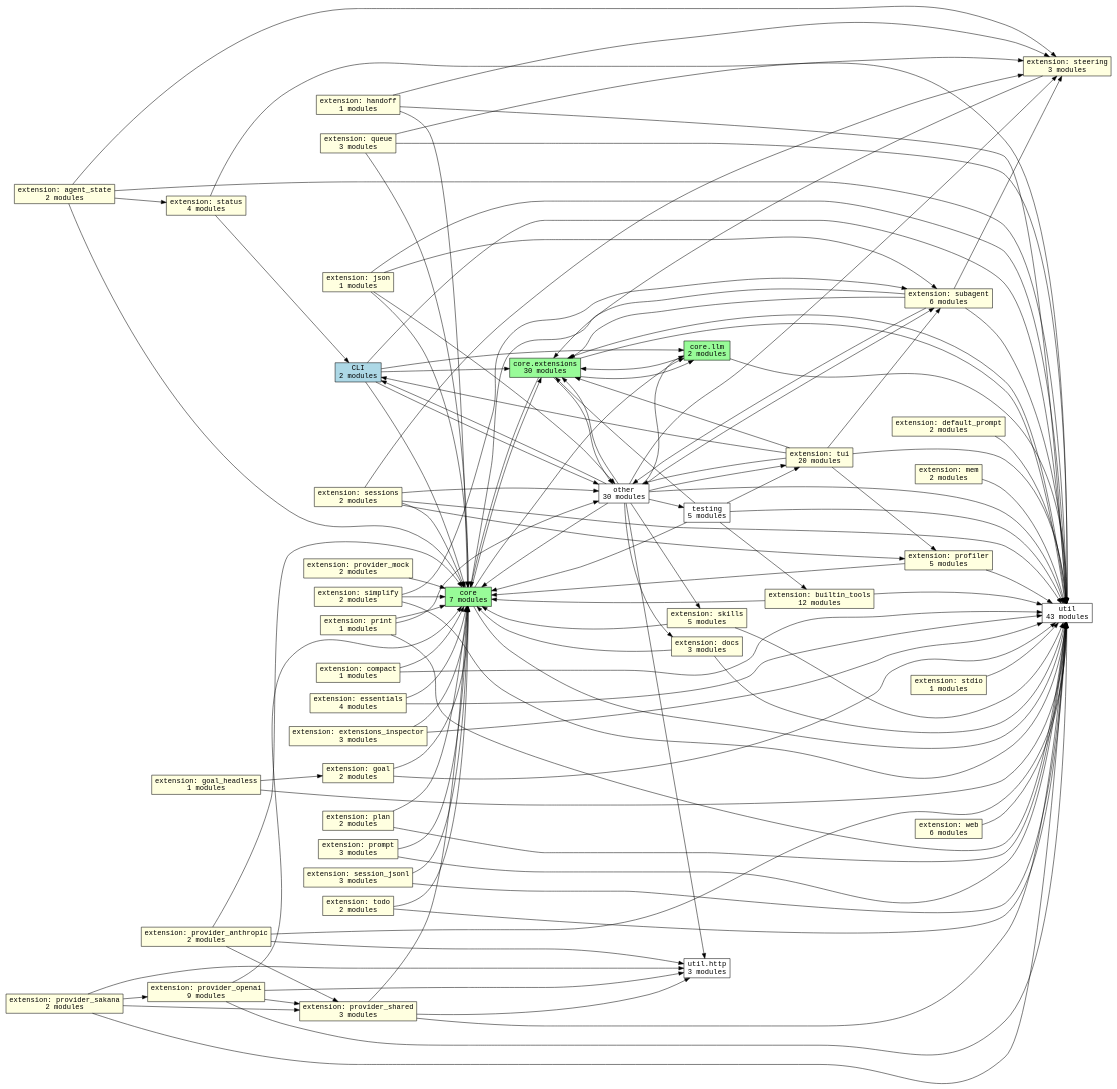
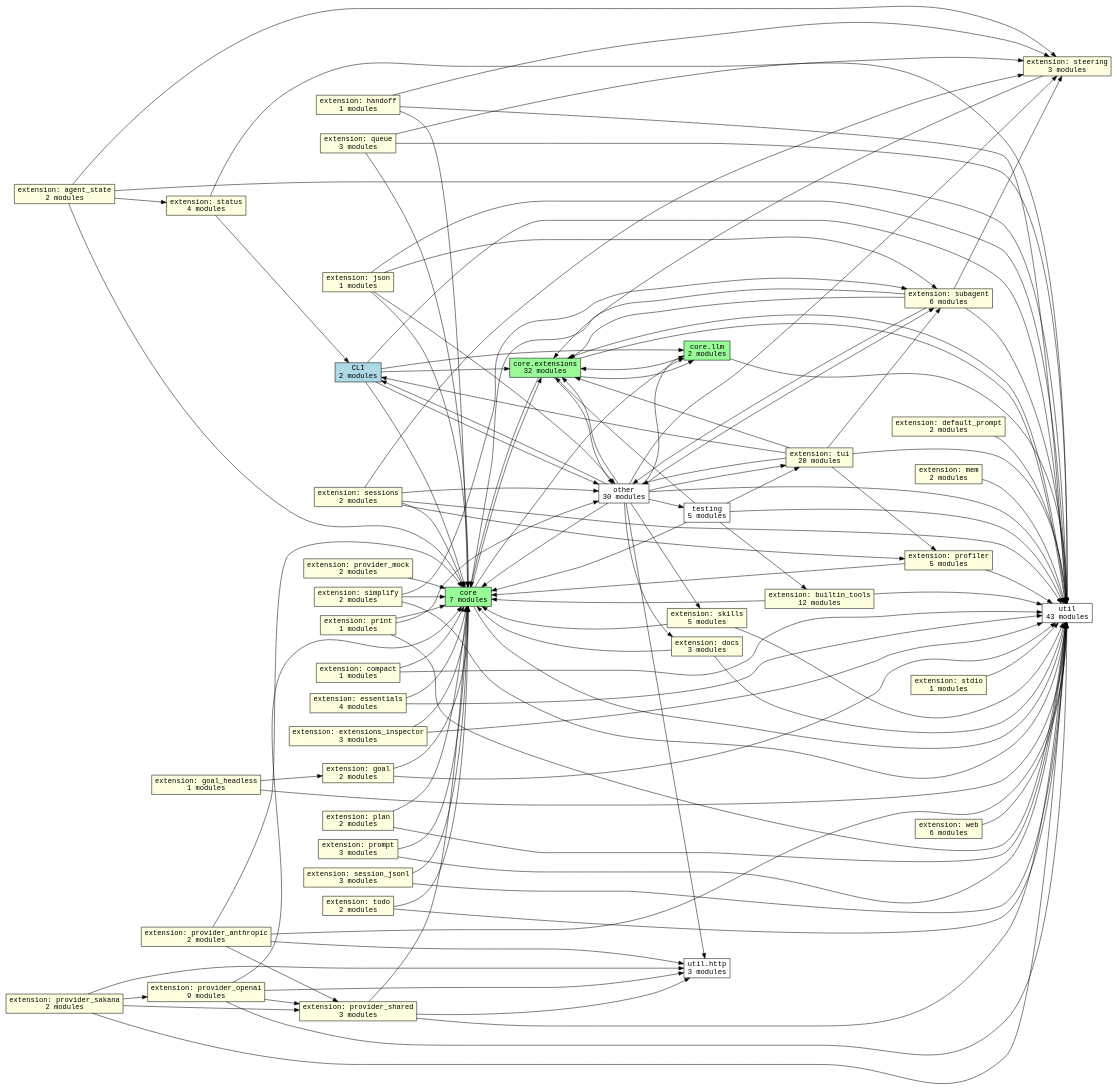
Before and after one commit to acmiyaguchi/fen: the diagram in docs/graphs/subsystems.dot, drawn with Graphviz. The commit also changed 9 other files, not shown here.

```diff
--- a/docs/graphs/subsystems.dot
+++ b/docs/graphs/subsystems.dot
@@ -1,163 +1,163 @@
 digraph fen_subsystems {
   graph [rankdir=LR];
   node [shape=box, fontname="monospace"];
   edge [fontname="monospace"];
   "cli" [fillcolor="lightblue", label="CLI\n2 modules", style="filled"];
   "core" [fillcolor="palegreen", label="core\n7 modules", style="filled"];
-  "core.extensions" [fillcolor="palegreen", label="core.extensions\n30 modules", style="filled"];
+  "core.extensions" [fillcolor="palegreen", label="core.extensions\n32 modules", style="filled"];
   "core.llm" [fillcolor="palegreen", label="core.llm\n2 modules", style="filled"];
   "extension.agent_state" [fillcolor="lightyellow", label="extension: agent_state\n2 modules", style="filled"];
   "extension.builtin_tools" [fillcolor="lightyellow", label="extension: builtin_tools\n12 modules", style="filled"];
   "extension.compact" [fillcolor="lightyellow", label="extension: compact\n1 modules", style="filled"];
   "extension.default_prompt" [fillcolor="lightyellow", label="extension: default_prompt\n2 modules", style="filled"];
   "extension.docs" [fillcolor="lightyellow", label="extension: docs\n3 modules", style="filled"];
   "extension.essentials" [fillcolor="lightyellow", label="extension: essentials\n4 modules", style="filled"];
   "extension.extensions_inspector" [fillcolor="lightyellow", label="extension: extensions_inspector\n3 modules", style="filled"];
   "extension.goal" [fillcolor="lightyellow", label="extension: goal\n2 modules", style="filled"];
   "extension.goal_headless" [fillcolor="lightyellow", label="extension: goal_headless\n1 modules", style="filled"];
   "extension.handoff" [fillcolor="lightyellow", label="extension: handoff\n1 modules", style="filled"];
   "extension.json" [fillcolor="lightyellow", label="extension: json\n1 modules", style="filled"];
   "extension.mem" [fillcolor="lightyellow", label="extension: mem\n2 modules", style="filled"];
   "extension.plan" [fillcolor="lightyellow", label="extension: plan\n2 modules", style="filled"];
   "extension.print" [fillcolor="lightyellow", label="extension: print\n1 modules", style="filled"];
   "extension.profiler" [fillcolor="lightyellow", label="extension: profiler\n5 modules", style="filled"];
   "extension.prompt" [fillcolor="lightyellow", label="extension: prompt\n3 modules", style="filled"];
   "extension.provider_anthropic" [fillcolor="lightyellow", label="extension: provider_anthropic\n2 modules", style="filled"];
   "extension.provider_mock" [fillcolor="lightyellow", label="extension: provider_mock\n2 modules", style="filled"];
   "extension.provider_openai" [fillcolor="lightyellow", label="extension: provider_openai\n9 modules", style="filled"];
   "extension.provider_sakana" [fillcolor="lightyellow", label="extension: provider_sakana\n2 modules", style="filled"];
   "extension.provider_shared" [fillcolor="lightyellow", label="extension: provider_shared\n3 modules", style="filled"];
   "extension.queue" [fillcolor="lightyellow", label="extension: queue\n3 modules", style="filled"];
   "extension.session_jsonl" [fillcolor="lightyellow", label="extension: session_jsonl\n3 modules", style="filled"];
   "extension.sessions" [fillcolor="lightyellow", label="extension: sessions\n2 modules", style="filled"];
   "extension.simplify" [fillcolor="lightyellow", label="extension: simplify\n2 modules", style="filled"];
   "extension.skills" [fillcolor="lightyellow", label="extension: skills\n5 modules", style="filled"];
   "extension.status" [fillcolor="lightyellow", label="extension: status\n4 modules", style="filled"];
   "extension.stdio" [fillcolor="lightyellow", label="extension: stdio\n1 modules", style="filled"];
   "extension.steering" [fillcolor="lightyellow", label="extension: steering\n3 modules", style="filled"];
   "extension.subagent" [fillcolor="lightyellow", label="extension: subagent\n6 modules", style="filled"];
   "extension.todo" [fillcolor="lightyellow", label="extension: todo\n2 modules", style="filled"];
   "extension.tui" [fillcolor="lightyellow", label="extension: tui\n20 modules", style="filled"];
   "extension.web" [fillcolor="lightyellow", label="extension: web\n6 modules", style="filled"];
   "other" [fillcolor="white", label="other\n30 modules", style="filled"];
   "testing" [fillcolor="white", label="testing\n5 modules", style="filled"];
   "util" [fillcolor="white", label="util\n43 modules", style="filled"];
   "util.http" [fillcolor="white", label="util.http\n3 modules", style="filled"];
   "cli" -> "core";
   "cli" -> "core.extensions";
   "cli" -> "core.llm";
   "cli" -> "other";
   "cli" -> "util";
   "core" -> "core.extensions";
   "core" -> "core.llm";
   "core" -> "util";
   "core.extensions" -> "core";
   "core.extensions" -> "core.llm";
   "core.extensions" -> "other";
   "core.extensions" -> "util";
   "core.llm" -> "core.extensions";
   "core.llm" -> "util";
   "extension.agent_state" -> "core";
   "extension.agent_state" -> "extension.status";
   "extension.agent_state" -> "extension.steering";
   "extension.agent_state" -> "util";
   "extension.builtin_tools" -> "core";
   "extension.builtin_tools" -> "util";
   "extension.compact" -> "core";
   "extension.compact" -> "util";
   "extension.default_prompt" -> "util";
   "extension.docs" -> "core";
   "extension.docs" -> "util";
   "extension.essentials" -> "core";
   "extension.essentials" -> "util";
   "extension.extensions_inspector" -> "core";
   "extension.extensions_inspector" -> "util";
   "extension.goal" -> "core";
   "extension.goal" -> "util";
   "extension.goal_headless" -> "extension.goal";
   "extension.goal_headless" -> "util";
   "extension.handoff" -> "core";
   "extension.handoff" -> "extension.steering";
   "extension.handoff" -> "util";
   "extension.json" -> "core";
   "extension.json" -> "extension.subagent";
   "extension.json" -> "other";
   "extension.json" -> "util";
   "extension.mem" -> "util";
   "extension.plan" -> "core";
   "extension.plan" -> "util";
   "extension.print" -> "core";
   "extension.print" -> "other";
   "extension.print" -> "util";
   "extension.profiler" -> "core";
   "extension.profiler" -> "util";
   "extension.prompt" -> "core";
   "extension.prompt" -> "util";
   "extension.provider_anthropic" -> "core";
   "extension.provider_anthropic" -> "extension.provider_shared";
   "extension.provider_anthropic" -> "util";
   "extension.provider_anthropic" -> "util.http";
   "extension.provider_mock" -> "core";
   "extension.provider_openai" -> "core";
   "extension.provider_openai" -> "extension.provider_shared";
   "extension.provider_openai" -> "util";
   "extension.provider_openai" -> "util.http";
   "extension.provider_sakana" -> "extension.provider_openai";
   "extension.provider_sakana" -> "extension.provider_shared";
   "extension.provider_sakana" -> "util";
   "extension.provider_sakana" -> "util.http";
   "extension.provider_shared" -> "core";
   "extension.provider_shared" -> "util";
   "extension.provider_shared" -> "util.http";
   "extension.queue" -> "core";
   "extension.queue" -> "extension.steering";
   "extension.queue" -> "util";
   "extension.session_jsonl" -> "core";
   "extension.session_jsonl" -> "util";
   "extension.sessions" -> "core";
   "extension.sessions" -> "extension.profiler";
   "extension.sessions" -> "extension.steering";
   "extension.sessions" -> "other";
   "extension.sessions" -> "util";
   "extension.simplify" -> "core";
   "extension.simplify" -> "extension.subagent";
   "extension.simplify" -> "util";
   "extension.skills" -> "core";
   "extension.skills" -> "util";
   "extension.status" -> "cli";
   "extension.status" -> "util";
   "extension.stdio" -> "util";
   "extension.steering" -> "core.extensions";
   "extension.subagent" -> "core";
   "extension.subagent" -> "core.extensions";
   "extension.subagent" -> "extension.steering";
   "extension.subagent" -> "other";
   "extension.subagent" -> "util";
   "extension.todo" -> "core";
   "extension.todo" -> "util";
   "extension.tui" -> "cli";
   "extension.tui" -> "core.extensions";
   "extension.tui" -> "extension.profiler";
   "extension.tui" -> "extension.subagent";
   "extension.tui" -> "other";
   "extension.tui" -> "util";
   "extension.web" -> "util";
   "other" -> "cli";
   "other" -> "core";
   "other" -> "core.extensions";
   "other" -> "core.llm";
   "other" -> "extension.docs";
   "other" -> "extension.skills";
   "other" -> "extension.steering";
   "other" -> "extension.subagent";
   "other" -> "extension.tui";
   "other" -> "testing";
   "other" -> "util";
   "other" -> "util.http";
   "testing" -> "core";
   "testing" -> "core.extensions";
   "testing" -> "extension.builtin_tools";
   "testing" -> "extension.tui";
   "testing" -> "util";
   "util" -> "core.extensions";
 }
```
